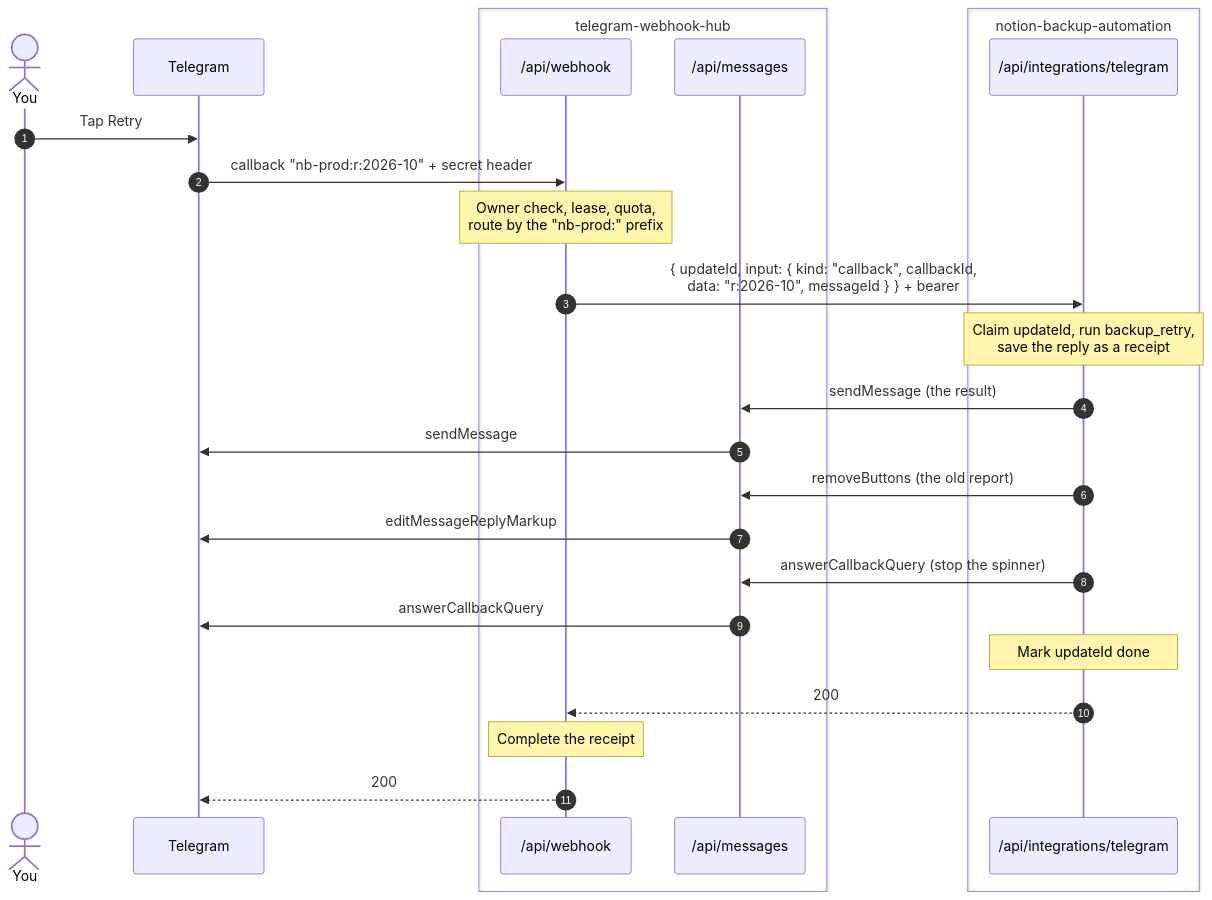
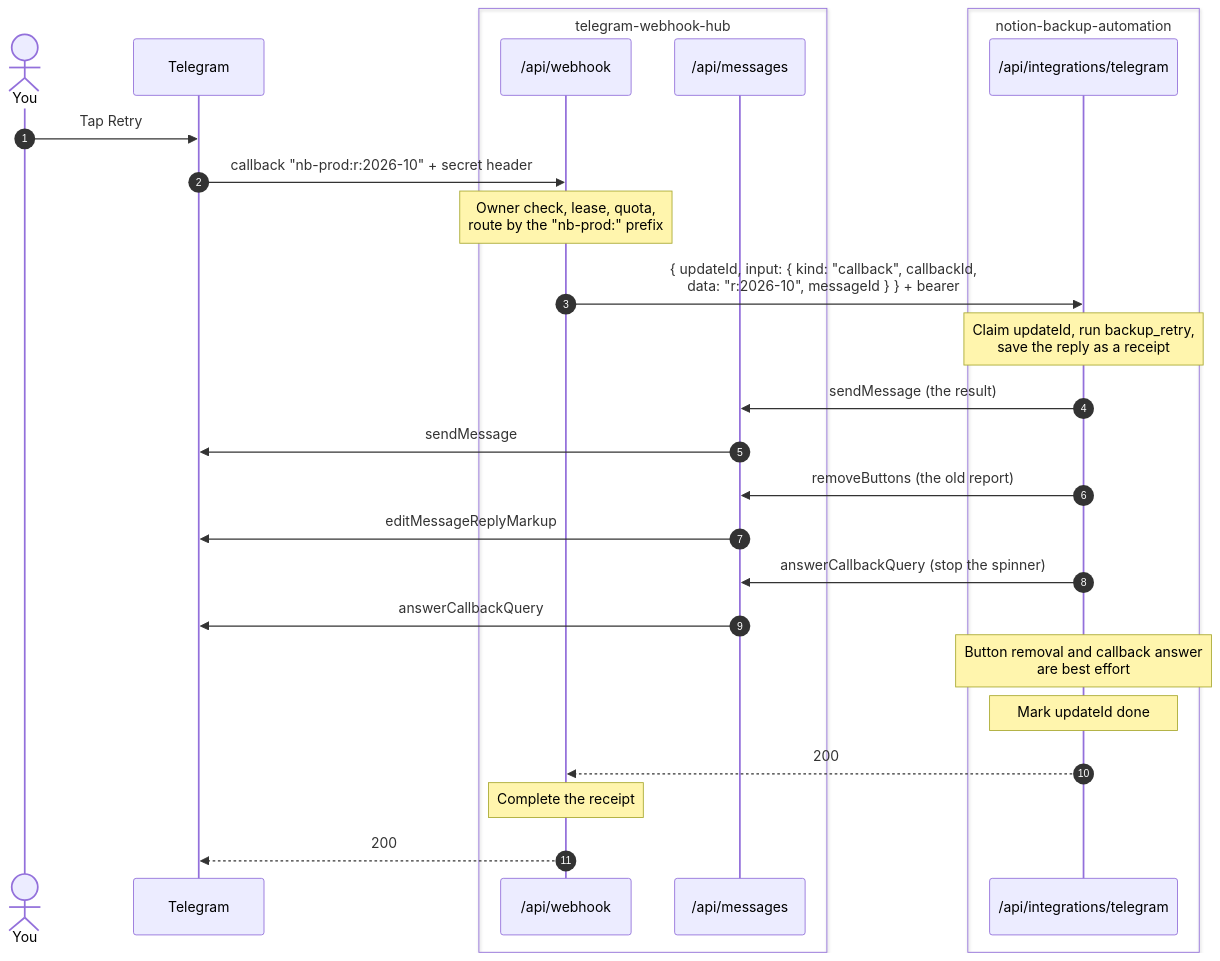
The second of 2 diagrams in workspaces/apps/telegram-webhook-hub/docs/webhook-flow.md (itemka/nodejs-backend-mastery), drawn with Mermaid before and after one commit. The commit also changed other lines of this file and 4 other files, not shown here.

````diff
--- a/workspaces/apps/telegram-webhook-hub/docs/webhook-flow.md
+++ b/workspaces/apps/telegram-webhook-hub/docs/webhook-flow.md
@@ -44,28 +40,29 @@
 ```mermaid
 sequenceDiagram
   autonumber
   actor You
   participant T as Telegram
   box telegram-webhook-hub
     participant H as /api/webhook
     participant M as /api/messages
   end
   box notion-backup-automation
     participant B as /api/integrations/telegram
   end
   You->>T: Tap Retry
   T->>H: callback "nb-prod:r:2026-10" + secret header
   Note over H: Owner check, lease, quota,<br/>route by the "nb-prod:" prefix
   H->>B: { updateId, input: { kind: "callback", callbackId,<br/>data: "r:2026-10", messageId } } + bearer
   Note over B: Claim updateId, run backup_retry,<br/>save the reply as a receipt
   B->>M: sendMessage (the result)
   M->>T: sendMessage
   B->>M: removeButtons (the old report)
   M->>T: editMessageReplyMarkup
   B->>M: answerCallbackQuery (stop the spinner)
   M->>T: answerCallbackQuery
+  Note over B: Button removal and callback answer<br/>are best effort
   Note over B: Mark updateId done
   B-->>H: 200
   Note over H: Complete the receipt
   H-->>T: 200
 ```
````
